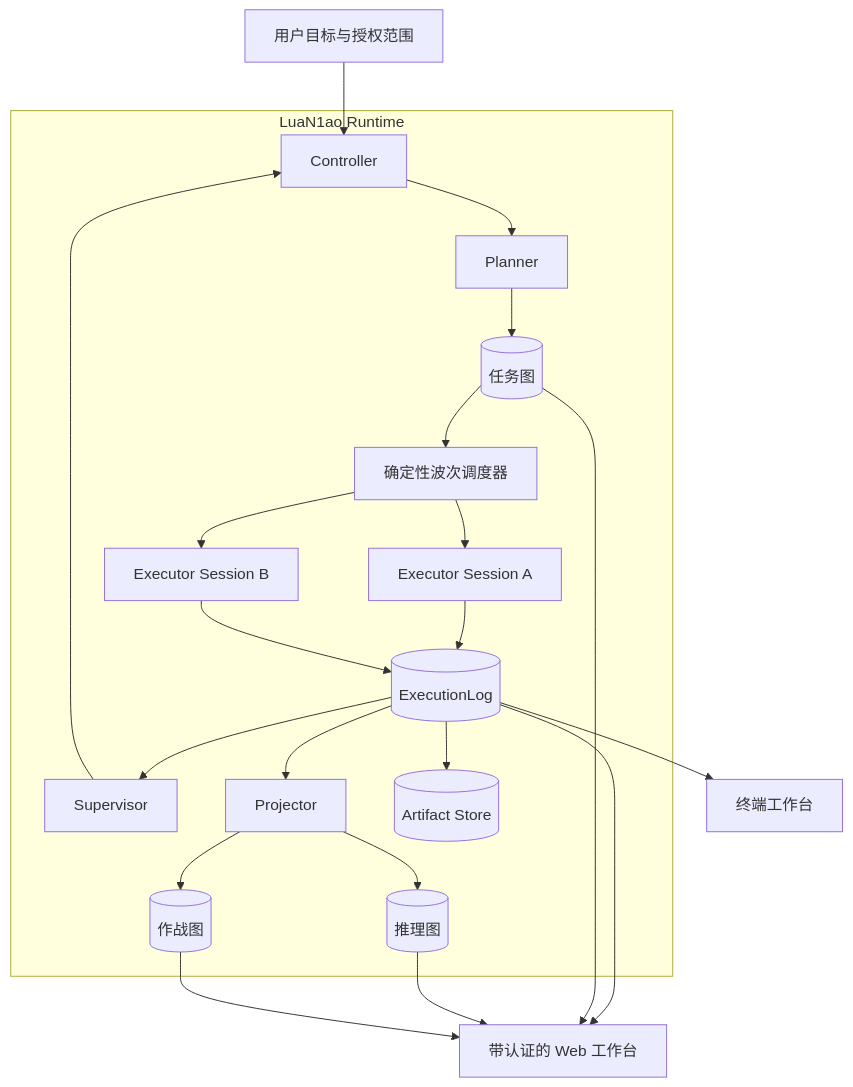
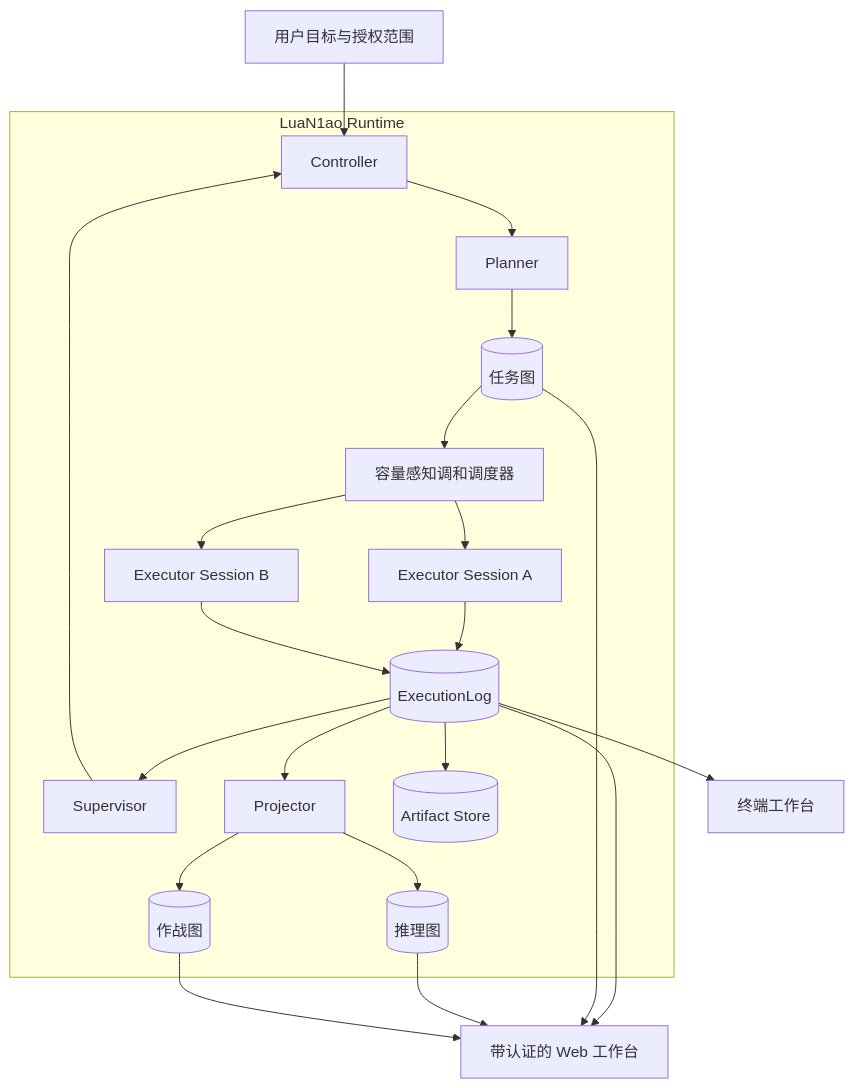
The third of 3 diagrams in README_CN.md (Ikalovic/LuaN1aoAgent), drawn with Mermaid before and after one commit. The commit also changed other lines of this file and 105 other files, not shown here.

First line of the commit message:
feat: converge control flow, projection, and executor tooling

````diff
--- a/README_CN.md
+++ b/README_CN.md
@@ -394,26 +407,26 @@
 ```mermaid
 flowchart TB
     User[用户目标与授权范围] --> Controller
 
     subgraph Runtime[LuaN1ao Runtime]
         Controller --> Planner
         Planner --> TaskGraph[(任务图)]
-        TaskGraph --> Scheduler[确定性波次调度器]
+        TaskGraph --> Scheduler[容量感知调和调度器]
         Scheduler --> ExecutorA[Executor Session A]
         Scheduler --> ExecutorB[Executor Session B]
         ExecutorA --> ExecutionLog[(ExecutionLog)]
         ExecutorB --> ExecutionLog
         ExecutionLog --> Supervisor
         ExecutionLog --> Projector
         Supervisor --> Controller
         Projector --> ReasoningGraph[(推理图)]
         Projector --> OperationGraph[(作战图)]
         ExecutionLog --> Artifacts[(Artifact Store)]
     end
 
     ExecutionLog --> TUI[终端工作台]
     ExecutionLog --> Web[带认证的 Web 工作台]
     TaskGraph --> Web
     ReasoningGraph --> Web
     OperationGraph --> Web
 ```
````
